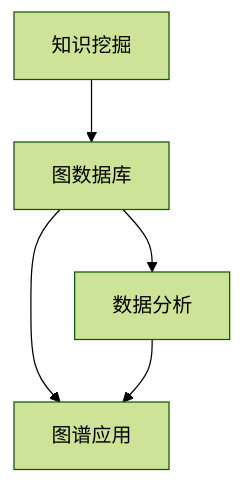
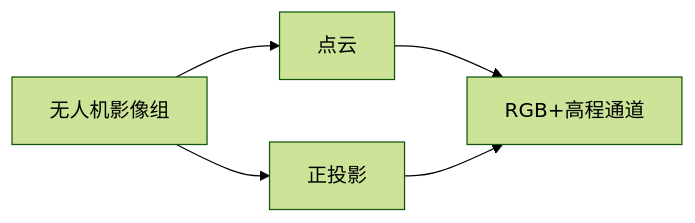
One commit to SmartDataLab/DRT-SHARE changed the diagram in data_process.mmd. Above: the diagram before and after it, drawn with Mermaid (forest theme). The commit also changed 10 other files, not shown here.

Commit message:
add mermaid map

```diff
--- a/data_process.mmd
+++ b/data_process.mmd
@@ -1,5 +1,5 @@
-graph TD;
-    A[知识挖掘]-->B[图数据库];
-    B-->C[数据分析];
-    B-->D[图谱应用];
+graph LR;
+    A[无人机影像组]-->B[点云];
+    A-->C[正投影];
+    B-->D[RGB+高程通道];
     C-->D;
```
